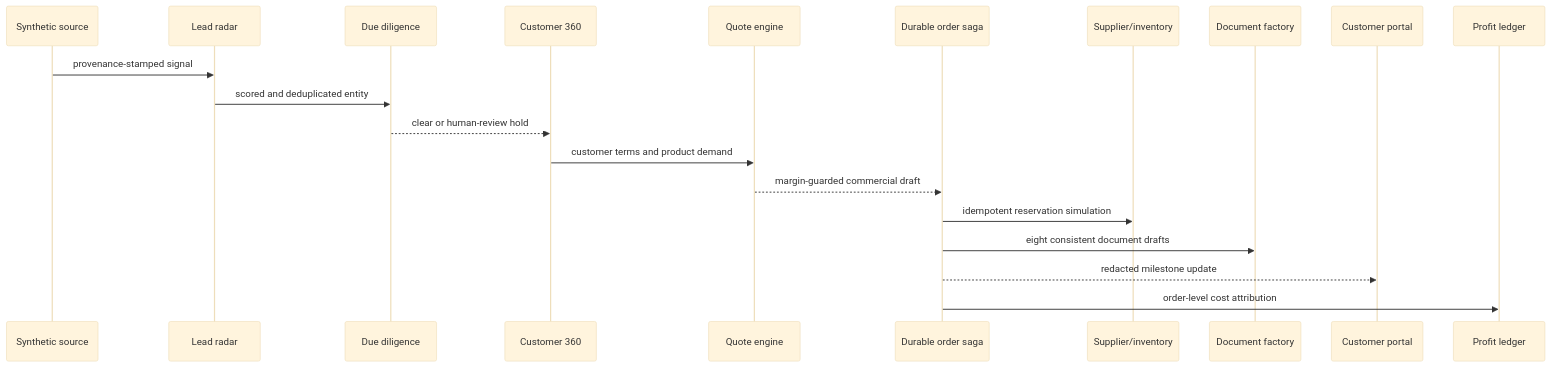
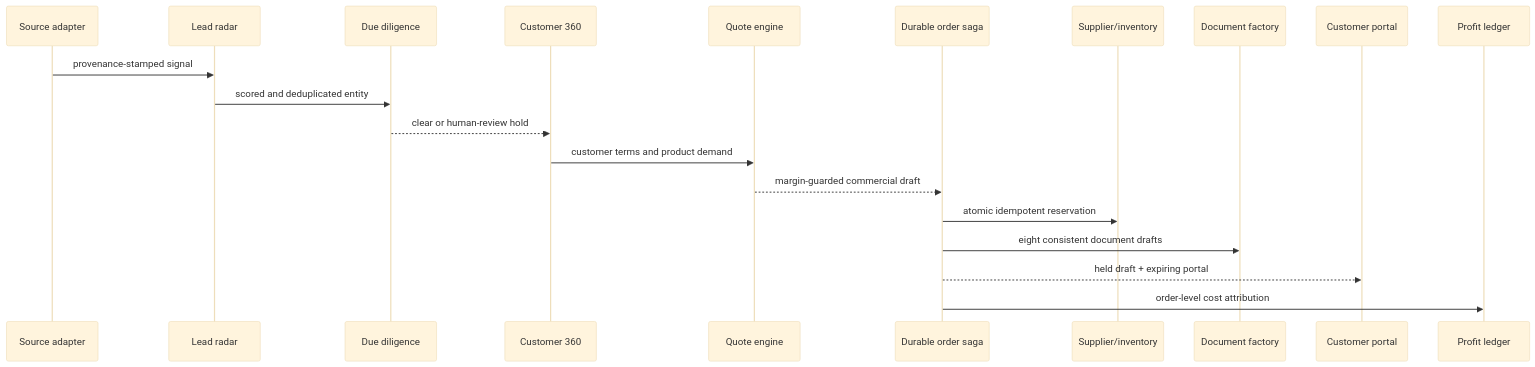
One commit to changle0245/meridian-10-autonomous-trade-os changed the diagram in docs/ARCHITECTURE.md. Above: the diagram before and after it, drawn with Mermaid (base theme). The commit also changed other lines of this file and 57 other files, not shown here.

````diff
--- a/docs/ARCHITECTURE.md
+++ b/docs/ARCHITECTURE.md
@@ -22,23 +26,23 @@
 ```mermaid
 sequenceDiagram
-  participant Signal as Synthetic source
+  participant Signal as Source adapter
   participant Lead as Lead radar
   participant DD as Due diligence
   participant CRM as Customer 360
   participant Quote as Quote engine
   participant Order as Durable order saga
   participant Supply as Supplier/inventory
   participant Docs as Document factory
   participant Client as Customer portal
   participant Finance as Profit ledger
 
   Signal->>Lead: provenance-stamped signal
   Lead->>DD: scored and deduplicated entity
   DD-->>CRM: clear or human-review hold
   CRM->>Quote: customer terms and product demand
   Quote-->>Order: margin-guarded commercial draft
-  Order->>Supply: idempotent reservation simulation
+  Order->>Supply: atomic idempotent reservation
   Order->>Docs: eight consistent document drafts
-  Order-->>Client: redacted milestone update
+  Order-->>Client: held draft + expiring portal
   Order->>Finance: order-level cost attribution
 ```
````
